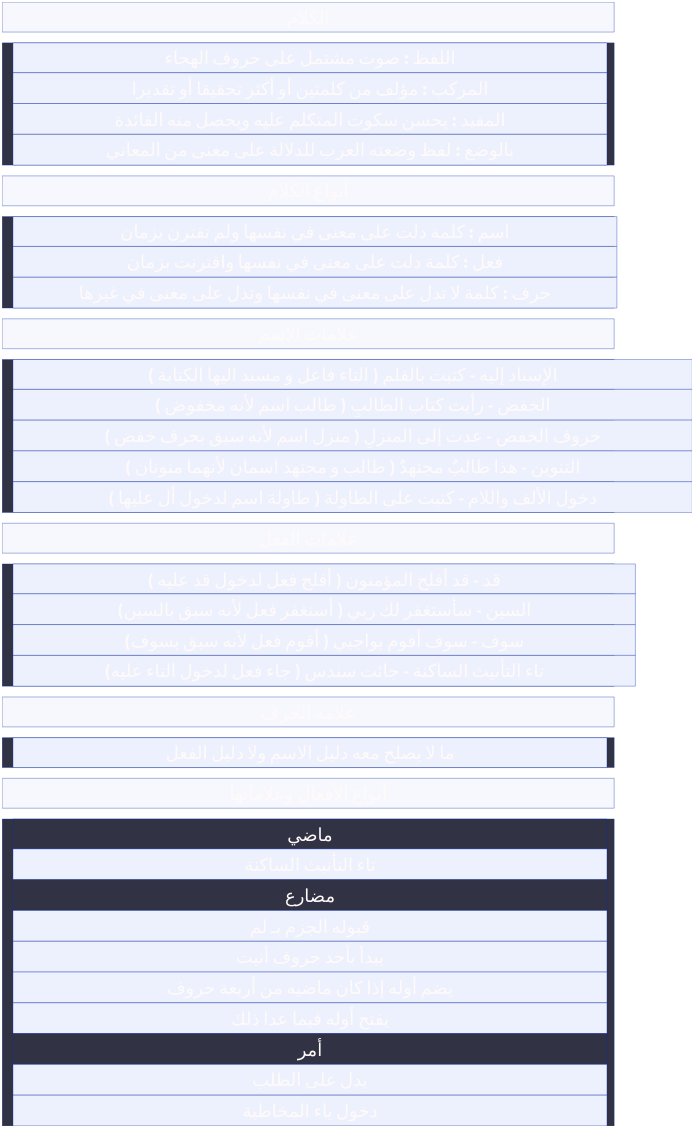
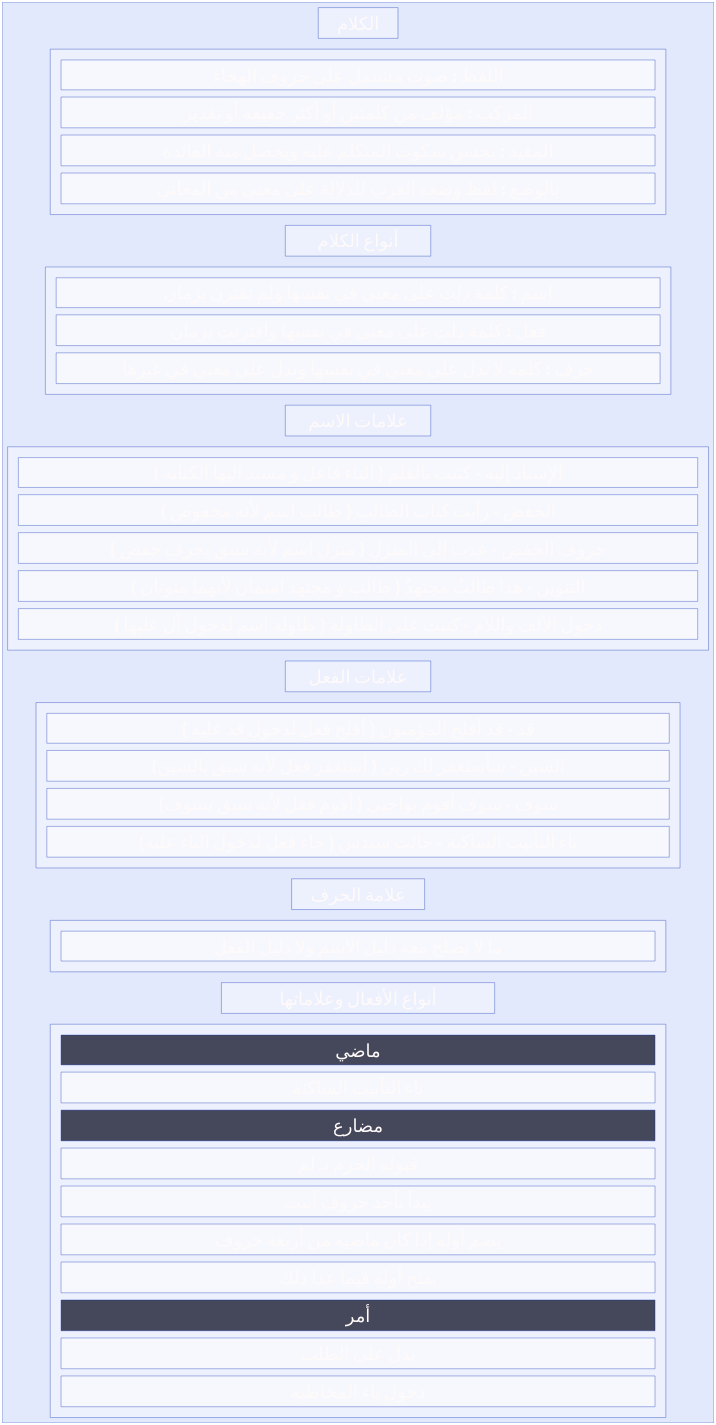
One commit to sanabel-al-firdaws/sanabel-al-firdaws.github.io changed the diagram in src/content/docs/arabic/al-ajoromia.md. Above: the diagram before and after it, drawn with D2. The commit also changed 3 other files, not shown here.

````diff
--- a/src/content/docs/arabic/al-ajoromia.md
+++ b/src/content/docs/arabic/al-ajoromia.md
@@ -416,23 +416,24 @@
 ```d2
-
 direction: left
 
 **: {
   style.font-size: 100
-  vertical-gap: 0
+
   style.font-color: "#fffafa"
 }
+
 body*: {width: 3400}
 grid*: {width: 3400}
 
+boorder: "" {
 body: "الكلام"
 grid: "" {
   grid-columns: 1
 
   اللفظ \: صوت مشتمل على حروف الهجاء  :{width: 3300}
-  المركب \: مؤلف من كلمتين أو أكثر تحقيقا أو تقديرا
+  المركب \: مؤلف من كلمتين أو أكثر حقيقة أو تقدير
   المفيد \: يحسن سكوت المتكلم عليه ويحصل منه الفائدة
-  بالوضع  \: لفظ وضعته العرب للدلالة على معنى من المعاني
+  بالوضع  \: لفظ وضعه العرب للدلالة على معنى من المعاني
 }
 
 body1: "أنواع الكلام"
@@ -474,26 +475,26 @@
 body5: "أنواع الأفعال وعلاماتها"
 grid5: "" {
   grid-columns: 1
-  ماضي: {width: 3300; style.fill: "#313244"}
+  ماضي: {width: 3300; style.fill: "#45475A"}
   تاء  التأنيث الساكنة
-  مضارع :{style.fill: "#313244"}
+  مضارع :{style.fill: "#45475A"}
   قبوله الجزم بـ لم
   يبدأ بأحد حروف أنيت
   يضم أوله إذا كان ماضيه من أربعة حروف
   يفتح أوله فيما عدا ذلك
 
-  أمر :{style.fill: "#313244"}
+  أمر :{style.fill: "#45475A"}
   يدل على الطلب
   دخول ياء المخاطبة
 }
 
-
+}
 # N1: "#CDD6F4",
 # N2: "#BAC2DE",
 # N3: "#A6ADC8",
 # N4: "#585B70",
 # N5: "#45475A",
-# N6: "#313244",
+# N6: "#45475A",
 # N7: "#1E1E2E",
 
 
@@ -503,7 +504,7 @@
 
         # B2: "#66BB6A"
         # B3: "#A5D6A7"
-        B4: "#313244"
+        # B4: "#45475A"
 
       }
     }
````
